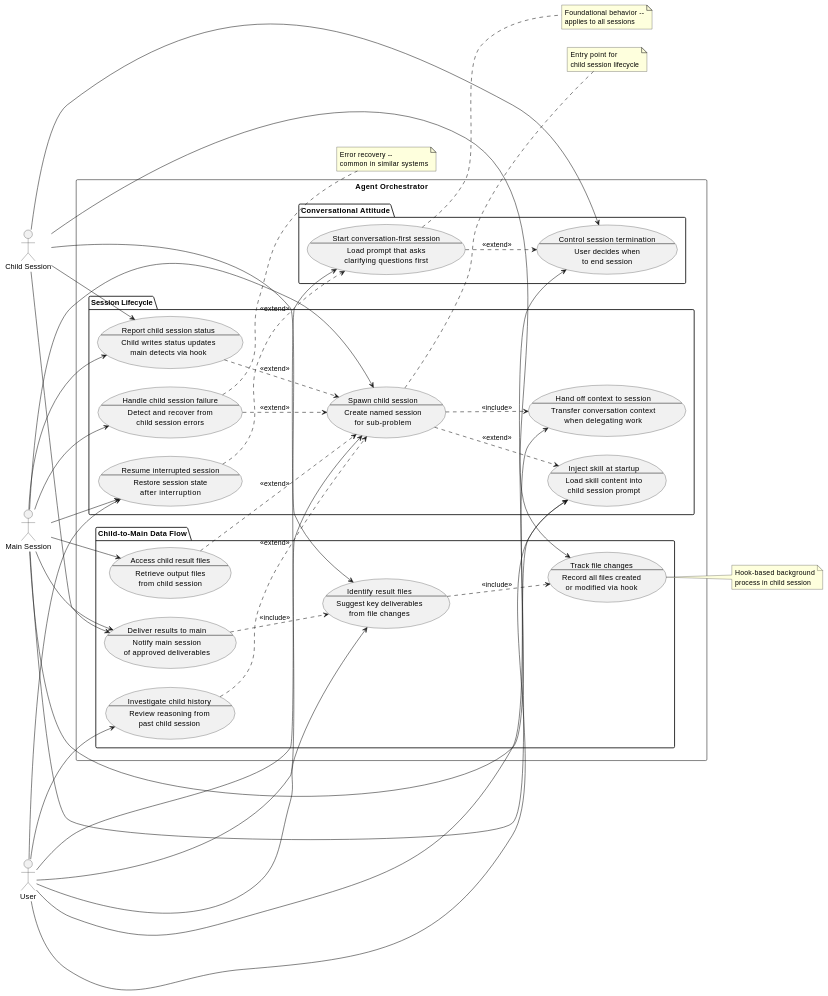
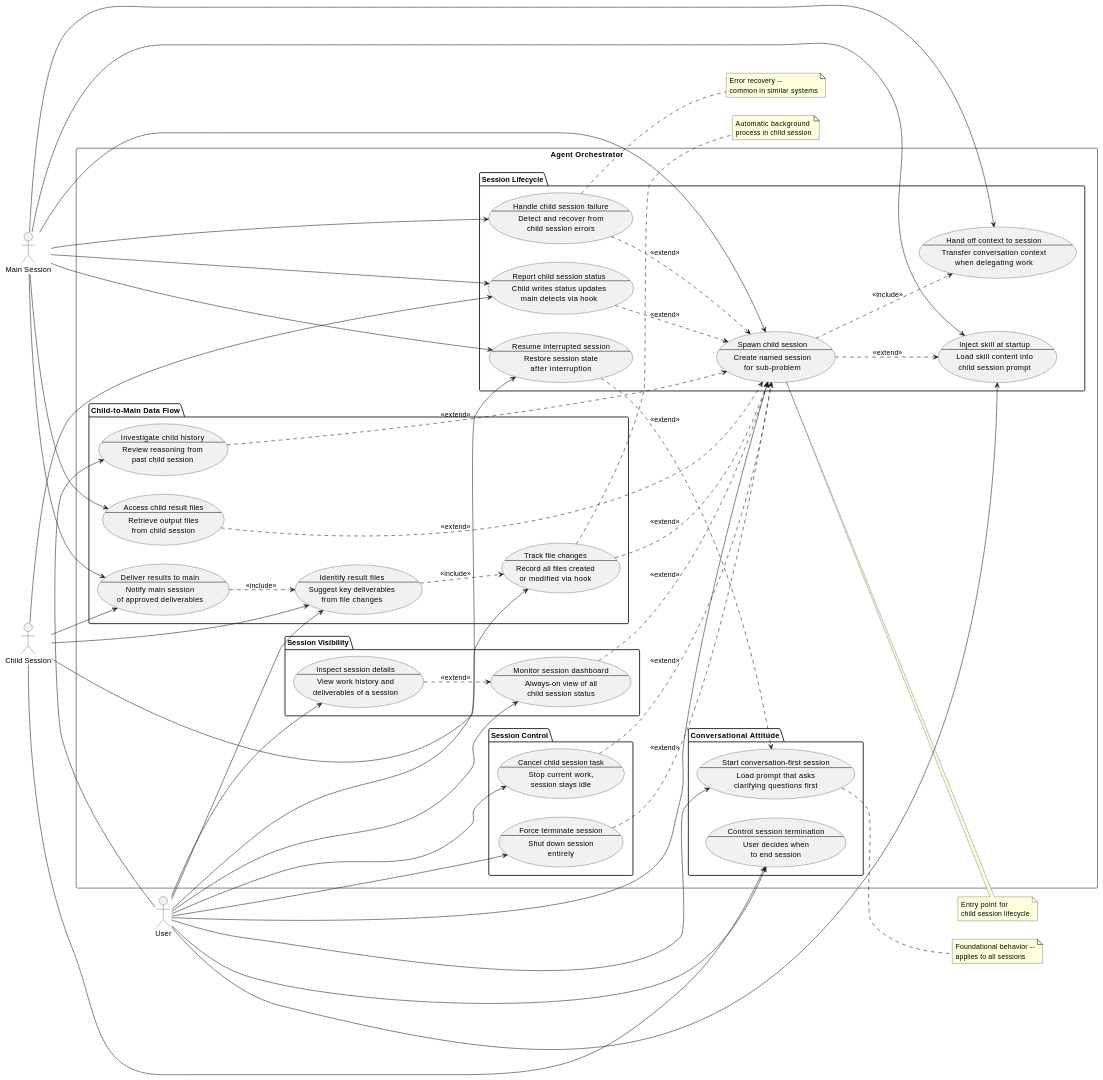
The diagram in A4/co-think/agent-orchestrator.usecase.md (studykit/studykit-marketplace), drawn with PlantUML before and after one commit. The commit also changed other lines of this file and 1 other file, not shown here.

First line of the commit message:
usecase(agent-orchestrator): revision 9

```diff
--- a/A4/co-think/agent-orchestrator.usecase.md
+++ b/A4/co-think/agent-orchestrator.usecase.md
@@ -119,6 +124,28 @@
     when delegating work"
   }
 
+  package "Session Control" {
+    usecase UC17 as "Cancel child session task
+    --
+    Stop current work,
+    session stays idle"
+    usecase UC18 as "Force terminate session
+    --
+    Shut down session
+    entirely"
+  }
+
+  package "Session Visibility" {
+    usecase UC15 as "Monitor session dashboard
+    --
+    Always-on view of all
+    child session status"
+    usecase UC16 as "Inspect session details
+    --
+    View work history and
+    deliverables of a session"
+  }
+
   package "Child-to-Main Data Flow" {
     usecase UC4 as "Access child result files
     --
@@ -150,6 +177,10 @@
 user --> UC7
 user --> UC9
 user --> UC11
+user --> UC15
+user --> UC16
+user --> UC17
+user --> UC18
 
 main --> UC2
 main --> UC3
@@ -173,9 +204,13 @@
 UC5 ..> UC2 : <<extend>>
 UC9 ..> UC8 : <<include>>
 UC10 ..> UC9 : <<include>>
-UC1 ..> UC6 : <<extend>>
 UC11 ..> UC1 : <<extend>>
+UC8 ..> UC2 : <<extend>>
 UC12 ..> UC2 : <<extend>>
+UC15 ..> UC2 : <<extend>>
+UC16 ..> UC15 : <<extend>>
+UC17 ..> UC2 : <<extend>>
+UC18 ..> UC2 : <<extend>>
 
 note right of UC1
   Foundational behavior --
@@ -188,7 +223,7 @@
 end note
 
 note right of UC8
-  Hook-based background
+  Automatic background
   process in child session
 end note
 
```
